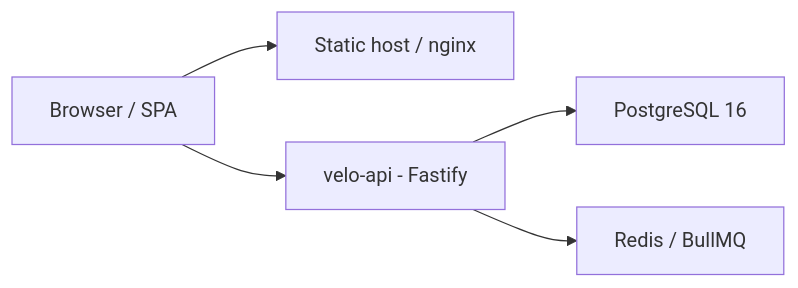
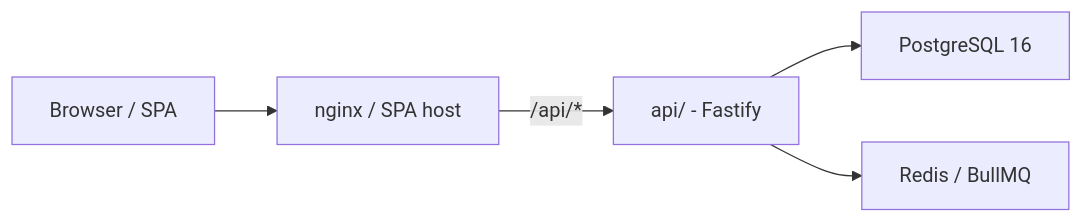
The diagram in frontend/docs/project-state.md (Davmunrey/CRM-Project), drawn with Mermaid before and after one commit. The commit also changed other lines of this file and 25 other files, not shown here.

````diff
--- a/frontend/docs/project-state.md
+++ b/frontend/docs/project-state.md
@@ -43,12 +43,12 @@
 ```mermaid
 flowchart LR
   Browser[Browser / SPA]
-  Host[Static host / nginx]
-  API[velo-api - Fastify]
+  Nginx[nginx / SPA host]
+  API[api/ - Fastify]
   Postgres[PostgreSQL 16]
   Redis[Redis / BullMQ]
-  Browser --> Host
-  Browser --> API
+  Browser --> Nginx
+  Nginx -->|/api/*| API
   API --> Postgres
   API --> Redis
 ```
````
